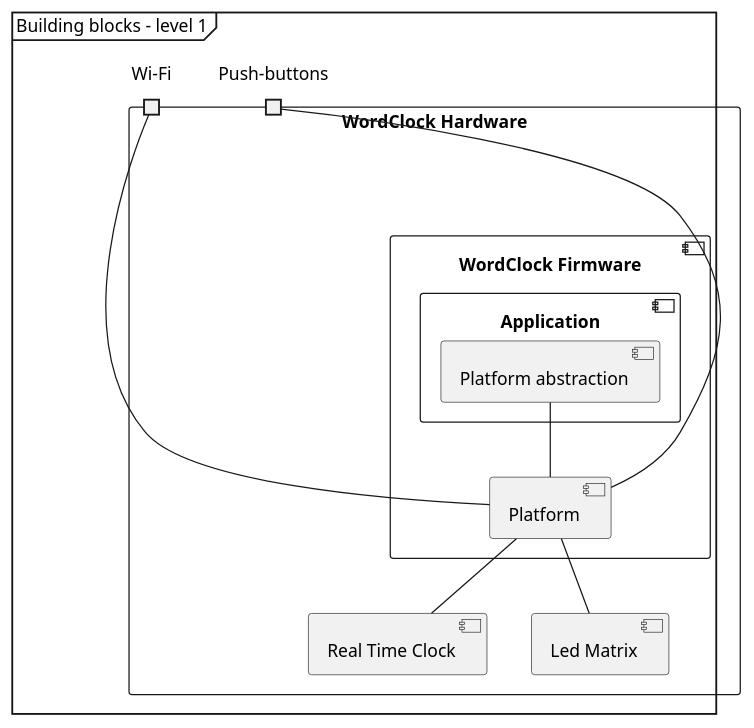
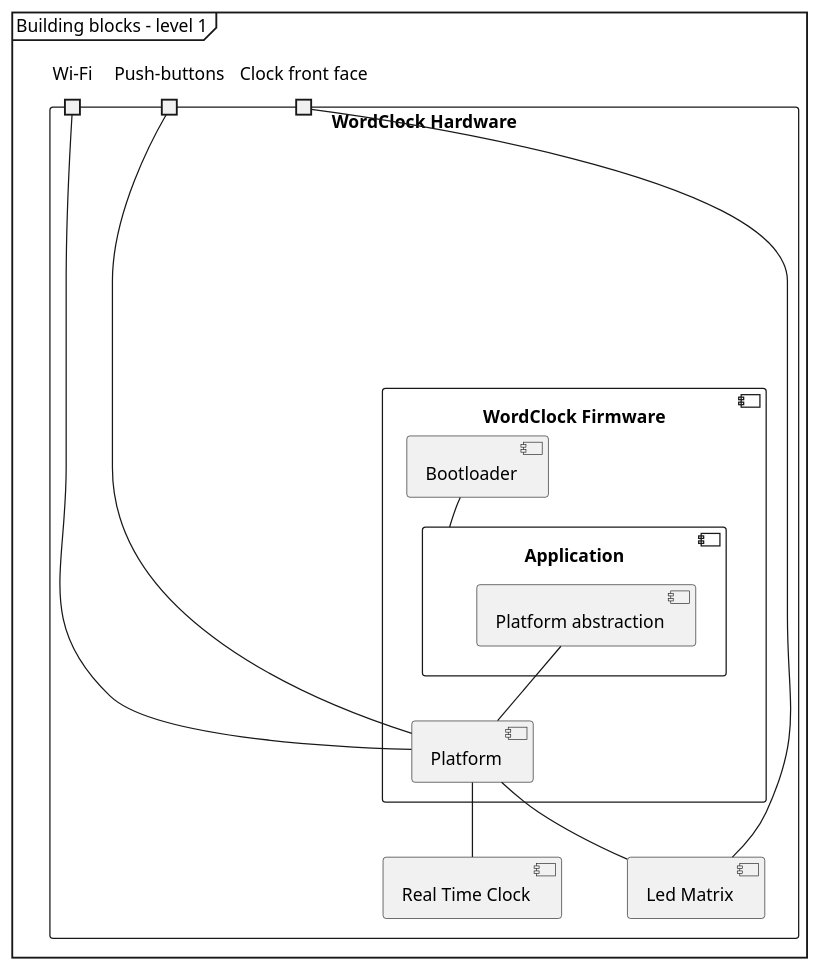
One commit to lmayencourt/wordclock changed the diagram in doc/uml/2_solution_description/system_structure/building_blocks_lvl_1.puml. Above: the diagram before and after it, drawn with PlantUML. The commit also changed 4 other files, not shown here.

```diff
--- a/doc/uml/2_solution_description/system_structure/building_blocks_lvl_1.puml
+++ b/doc/uml/2_solution_description/system_structure/building_blocks_lvl_1.puml
@@ -1,26 +1,30 @@
 @startuml
 mainframe Building blocks - level 1
 
 rectangle "WordClock Hardware" {
+    port "Wi-Fi" as Wifi
+    port "Push-buttons" as Push_buttons
+    port "Clock front face" as Clk_face
+
     component "WordClock Firmware" {
+        component Bootloader
         component Application {
             component "Platform abstraction" as Pal
         }
         component Platform
     }
 
     component "Real Time Clock" as Rtc
     component "Led Matrix" as Led_matrix
-
-    port "Wi-Fi" as Wifi
-    port "Push-buttons" as Push_buttons
 }
 
+Bootloader -- Application
 Pal -- Platform
 Platform -- Rtc
 Platform -- Led_matrix
 
 Platform -- Push_buttons
 Platform -- Wifi
+Led_matrix -- Clk_face
 
 @enduml
```
